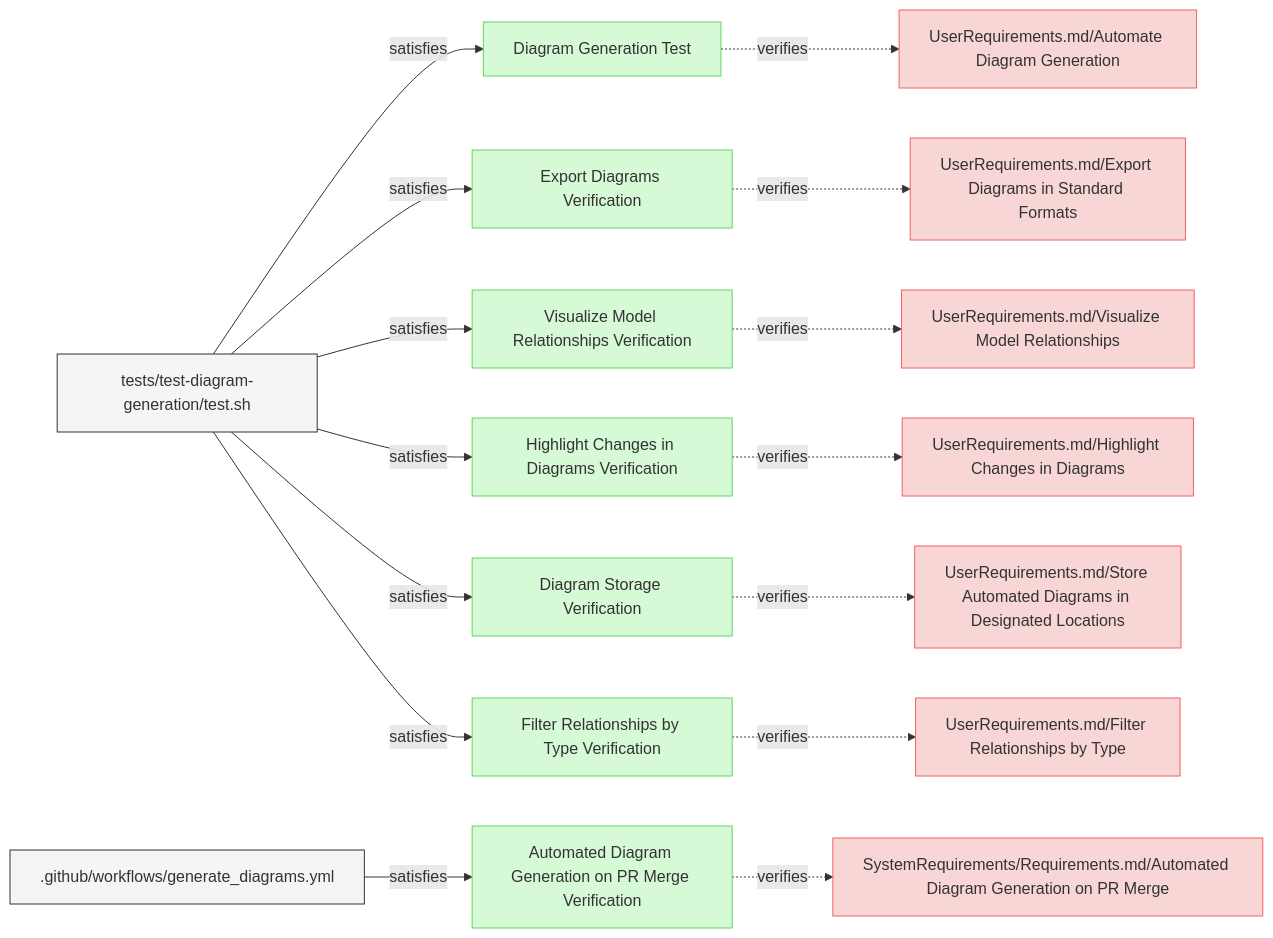
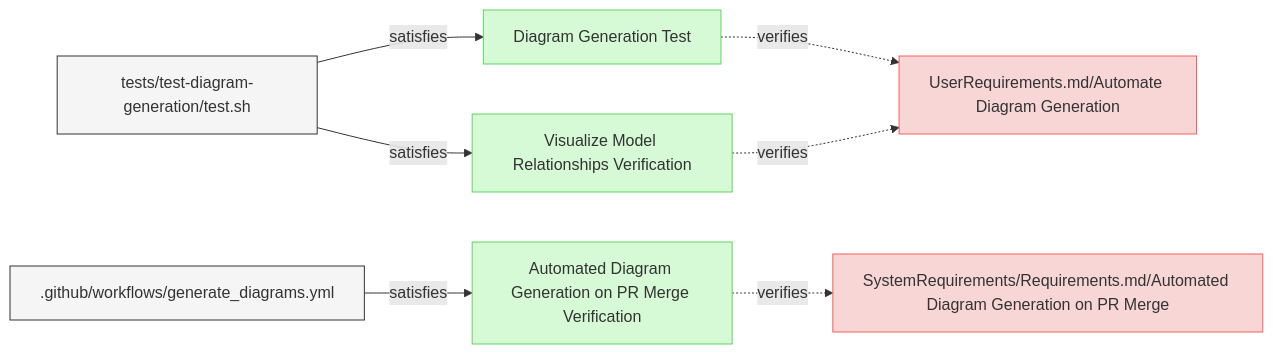
The diagram in specifications/Verifications/DiagramsTests.md (reqvire-org/reqvire), drawn with Mermaid before and after one commit. The commit also changed other lines of this file and 37 other files, not shown here.

Commit message:
Allow diagrams with blobs links when configured.

````diff
--- a/specifications/Verifications/DiagramsTests.md
+++ b/specifications/Verifications/DiagramsTests.md
@@ -6,71 +6,36 @@
 ```mermaid
 graph LR;
   %% Graph styling
   classDef requirement fill:#f9d6d6,stroke:#f55f5f,stroke-width:1px;
   classDef verification fill:#d6f9d6,stroke:#5fd75f,stroke-width:1px;
   classDef externalLink fill:#d0e0ff,stroke:#3080ff,stroke-width:1px;
   classDef default fill:#f5f5f5,stroke:#333333,stroke-width:1px;
 
-  e4a47f6f403fd4ff["Diagram Generation Test"];
-  click e4a47f6f403fd4ff "DiagramsTests.md#diagram-generation-test";
-  class e4a47f6f403fd4ff verification;
-  c522cf4c404bdc24["UserRequirements.md/Automate Diagram Generation"];
-  class c522cf4c404bdc24 requirement;
-  click c522cf4c404bdc24 "../UserRequirements.md#automate-diagram-generation";
-  e4a47f6f403fd4ff -.->|verifies| c522cf4c404bdc24;
-  b73eaac7c0353fcb["tests/test-diagram-generation/test.sh"];
-  class b73eaac7c0353fcb default;
-  click b73eaac7c0353fcb "../../tests/test-diagram-generation/test.sh";
-  b73eaac7c0353fcb -->|satisfies| e4a47f6f403fd4ff;
-  fff74265828e19b3["Export Diagrams Verification"];
-  click fff74265828e19b3 "DiagramsTests.md#export-diagrams-verification";
-  class fff74265828e19b3 verification;
-  a0274ca0625d8493["UserRequirements.md/Export Diagrams in Standard Formats"];
-  class a0274ca0625d8493 requirement;
-  click a0274ca0625d8493 "../UserRequirements.md#export-diagrams-in-standard-formats";
-  fff74265828e19b3 -.->|verifies| a0274ca0625d8493;
-  b73eaac7c0353fcb -->|satisfies| fff74265828e19b3;
-  44dc4128c7ea74d2["Automated Diagram Generation on PR Merge Verification"];
-  click 44dc4128c7ea74d2 "DiagramsTests.md#automated-diagram-generation-on-pr-merge-verification";
-  class 44dc4128c7ea74d2 verification;
-  793154acc336992c["SystemRequirements/Requirements.md/Automated Diagram Generation on PR Merge"];
-  class 793154acc336992c requirement;
-  click 793154acc336992c "../SystemRequirements/Requirements.md#automated-diagram-generation-on-pr-merge";
-  44dc4128c7ea74d2 -.->|verifies| 793154acc336992c;
-  fdd29f919065644d[".github/workflows/generate_diagrams.yml"];
-  class fdd29f919065644d default;
-  click fdd29f919065644d "../../.github/workflows/generate_diagrams.yml";
-  fdd29f919065644d -->|satisfies| 44dc4128c7ea74d2;
-  2c4c9bdcf9ede0fd["Visualize Model Relationships Verification"];
-  click 2c4c9bdcf9ede0fd "DiagramsTests.md#visualize-model-relationships-verification";
-  class 2c4c9bdcf9ede0fd verification;
-  eed0b020b6ddeae1["UserRequirements.md/Visualize Model Relationships"];
-  class eed0b020b6ddeae1 requirement;
-  click eed0b020b6ddeae1 "../UserRequirements.md#visualize-model-relationships";
-  2c4c9bdcf9ede0fd -.->|verifies| eed0b020b6ddeae1;
-  b73eaac7c0353fcb -->|satisfies| 2c4c9bdcf9ede0fd;
-  494a61d80d3cb287["Highlight Changes in Diagrams Verification"];
-  click 494a61d80d3cb287 "DiagramsTests.md#highlight-changes-in-diagrams-verification";
-  class 494a61d80d3cb287 verification;
-  ac914f743d73674e["UserRequirements.md/Highlight Changes in Diagrams"];
-  class ac914f743d73674e requirement;
-  click ac914f743d73674e "../UserRequirements.md#highlight-changes-in-diagrams";
-  494a61d80d3cb287 -.->|verifies| ac914f743d73674e;
-  b73eaac7c0353fcb -->|satisfies| 494a61d80d3cb287;
-  35f25ed1c49ab87a["Diagram Storage Verification"];
-  click 35f25ed1c49ab87a "DiagramsTests.md#diagram-storage-verification";
-  class 35f25ed1c49ab87a verification;
-  89097c1311055b72["UserRequirements.md/Store Automated Diagrams in Designated Locations"];
-  class 89097c1311055b72 requirement;
-  click 89097c1311055b72 "../UserRequirements.md#store-automated-diagrams-in-designated-locations";
-  35f25ed1c49ab87a -.->|verifies| 89097c1311055b72;
-  b73eaac7c0353fcb -->|satisfies| 35f25ed1c49ab87a;
-  7fd405bfa560fe5c["Filter Relationships by Type Verification"];
-  click 7fd405bfa560fe5c "DiagramsTests.md#filter-relationships-by-type-verification";
-  class 7fd405bfa560fe5c verification;
-  66e9d8186acafd13["UserRequirements.md/Filter Relationships by Type"];
-  class 66e9d8186acafd13 requirement;
-  click 66e9d8186acafd13 "../UserRequirements.md#filter-relationships-by-type";
-  7fd405bfa560fe5c -.->|verifies| 66e9d8186acafd13;
-  b73eaac7c0353fcb -->|satisfies| 7fd405bfa560fe5c;
+  2d2cf67bb8070da8["Diagram Generation Test"];
+  click 2d2cf67bb8070da8 "specifications/Verifications/DiagramsTests.md#diagram-generation-test#diagram-generation-test";
+  class 2d2cf67bb8070da8 verification;
+  98a581084d5542fa["UserRequirements.md/Automate Diagram Generation"];
+  class 98a581084d5542fa requirement;
+  click 98a581084d5542fa "specifications/UserRequirements.md#automate-diagram-generation#automate-diagram-generation";
+  2d2cf67bb8070da8 -.->|verifies| 98a581084d5542fa;
+  3df49fd1a91c3db7["tests/test-diagram-generation/test.sh"];
+  class 3df49fd1a91c3db7 default;
+  click 3df49fd1a91c3db7 "tests/test-diagram-generation/test.sh";
+  3df49fd1a91c3db7 -->|satisfies| 2d2cf67bb8070da8;
+  de8ab093f22a5cd7["Visualize Model Relationships Verification"];
+  click de8ab093f22a5cd7 "specifications/Verifications/DiagramsTests.md#visualize-model-relationships-verification#visualize-model-relationships-verification";
+  class de8ab093f22a5cd7 verification;
+  de8ab093f22a5cd7 -.->|verifies| 98a581084d5542fa;
+  3df49fd1a91c3db7 -->|satisfies| de8ab093f22a5cd7;
+  f8849dfe948d04fa["Automated Diagram Generation on PR Merge Verification"];
+  click f8849dfe948d04fa "specifications/Verifications/DiagramsTests.md#automated-diagram-generation-on-pr-merge-verification#automated-diagram-generation-on-pr-merge-verification";
+  class f8849dfe948d04fa verification;
+  3e3df7ad427a88fa["SystemRequirements/Requirements.md/Automated Diagram Generation on PR Merge"];
+  class 3e3df7ad427a88fa requirement;
+  click 3e3df7ad427a88fa "specifications/SystemRequirements/Requirements.md#automated-diagram-generation-on-pr-merge#automated-diagram-generation-on-pr-merge";
+  f8849dfe948d04fa -.->|verifies| 3e3df7ad427a88fa;
+  98af8a1cf9c86822[".github/workflows/generate_diagrams.yml"];
+  class 98af8a1cf9c86822 default;
+  click 98af8a1cf9c86822 ".github/workflows/generate_diagrams.yml";
+  98af8a1cf9c86822 -->|satisfies| f8849dfe948d04fa;
 ```
````
